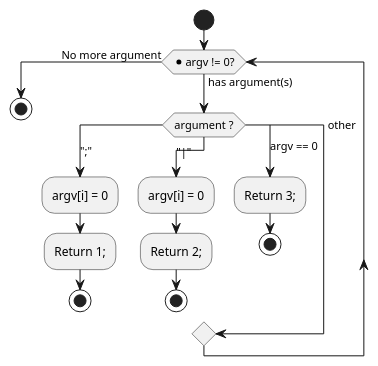
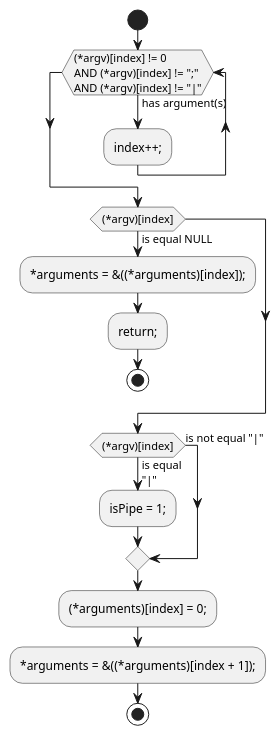
The third of 4 diagrams in assets/README.adoc (t-h2o/microshell), drawn with PlantUML before and after one commit. The commit also changed 1 other file, not shown here.

Commit message:
doc: update diagram find command

```diff
--- a/assets/README.adoc
+++ b/assets/README.adoc
@@ -51,28 +51,28 @@
 [plantuml, target=find-the-command, format=svg, width=100%]
 ....
 @startuml
 skinparam defaultFontName JetBrains Mono
 
 start
 
-while (*argv != 0?) is (has argument(s))
-  switch (argument ?)
-  case (";")
-    :argv[i] = 0;
-    :Return 1;;
-    stop
-  case ("|")
-    :argv[i] = 0;
-    :Return 2;;
-    stop
-  case (argv == 0)
-    :Return 3;;
-    stop
-  case (other)
-  endswitch
-endwhile (No more argument)
+while ((*argv)[index] != 0\nAND (*argv)[index] != ";"\nAND (*argv)[index] != "|") is (has argument(s))
+  :index++;;
+endwhile
+if ((*argv)[index]) then (is equal NULL)
+  :*arguments = &((*arguments)[index]);;
+  :return;;
+  stop
+endif
+
+if ((*argv)[index]) then (is equal\n"|")
+  :isPipe = 1;;
+else (is not equal "|")
+endif
+
+:(*arguments)[index] = 0;;
+:*arguments = &((*arguments)[index + 1]);;
 
 stop
 
 @enduml
 ....
```
